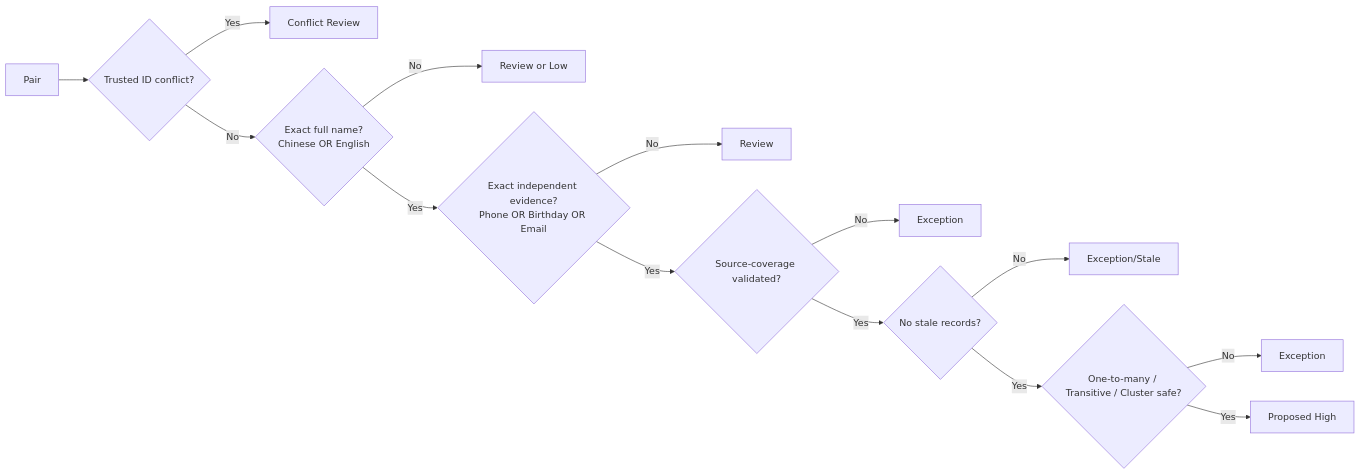
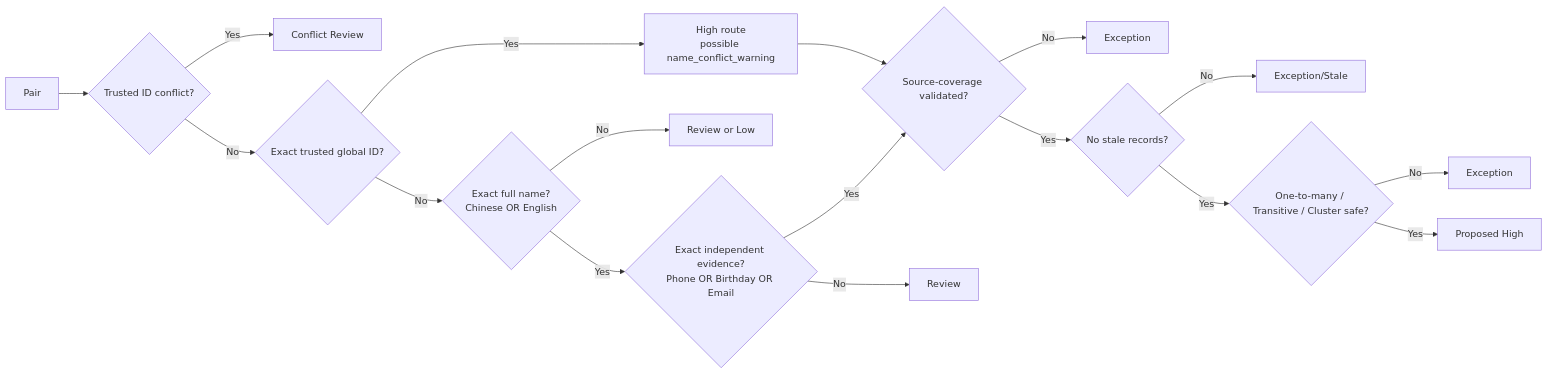
One commit to cuhkfyp/erpnext-docker-fuzzy changed the fifth of 5 diagrams in CCD_TIERED_EVIDENCE_AND_SPLINK_TECHNICAL_GUIDE.md. Above: the diagram before and after it, drawn with Mermaid. The commit also changed other lines of this file and 1 other file, not shown here.

````diff
--- a/CCD_TIERED_EVIDENCE_AND_SPLINK_TECHNICAL_GUIDE.md
+++ b/CCD_TIERED_EVIDENCE_AND_SPLINK_TECHNICAL_GUIDE.md
@@ -1131,16 +1227,19 @@
 ```mermaid
 flowchart LR
     A[Pair] --> B{Trusted ID conflict?}
     B -- Yes --> CONFLICT[Conflict Review]
-    B -- No --> C{Exact full name?<br/>Chinese OR English}
-    C -- No --> NOHIGH[Review or Low]
-    C -- Yes --> D{Exact independent evidence?<br/>Phone OR Birthday OR Email}
-    D -- No --> REVIEW[Review]
-    D -- Yes --> E{Source-coverage validated?}
-    E -- No --> EX1[Exception]
-    E -- Yes --> F{No stale records?}
-    F -- No --> EX2[Exception/Stale]
-    F -- Yes --> G{One-to-many / Transitive / Cluster safe?}
-    G -- No --> EX3[Exception]
-    G -- Yes --> HIGH[Proposed High]
+    B -- No --> C{Exact trusted global ID?}
+    C -- Yes --> HIGHID[High route<br/>possible name_conflict_warning]
+    HIGHID --> F
+    C -- No --> D{Exact full name?<br/>Chinese OR English}
+    D -- No --> NOHIGH[Review or Low]
+    D -- Yes --> E{Exact independent evidence?<br/>Phone OR Birthday OR Email}
+    E -- No --> REVIEW[Review]
+    E -- Yes --> F{Source-coverage validated?}
+    F -- No --> EX1[Exception]
+    F -- Yes --> G{No stale records?}
+    G -- No --> EX2[Exception/Stale]
+    G -- Yes --> H{One-to-many / Transitive / Cluster safe?}
+    H -- No --> EX3[Exception]
+    H -- Yes --> HIGH[Proposed High]
 ```
````
